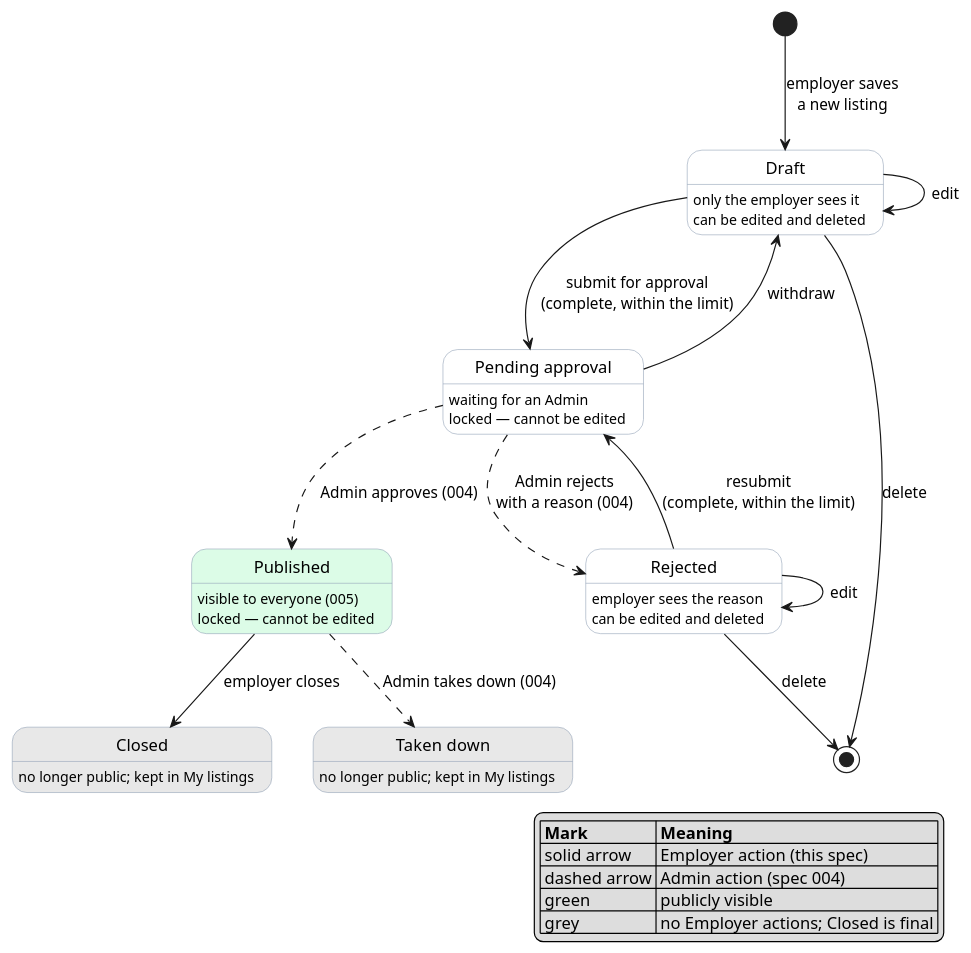
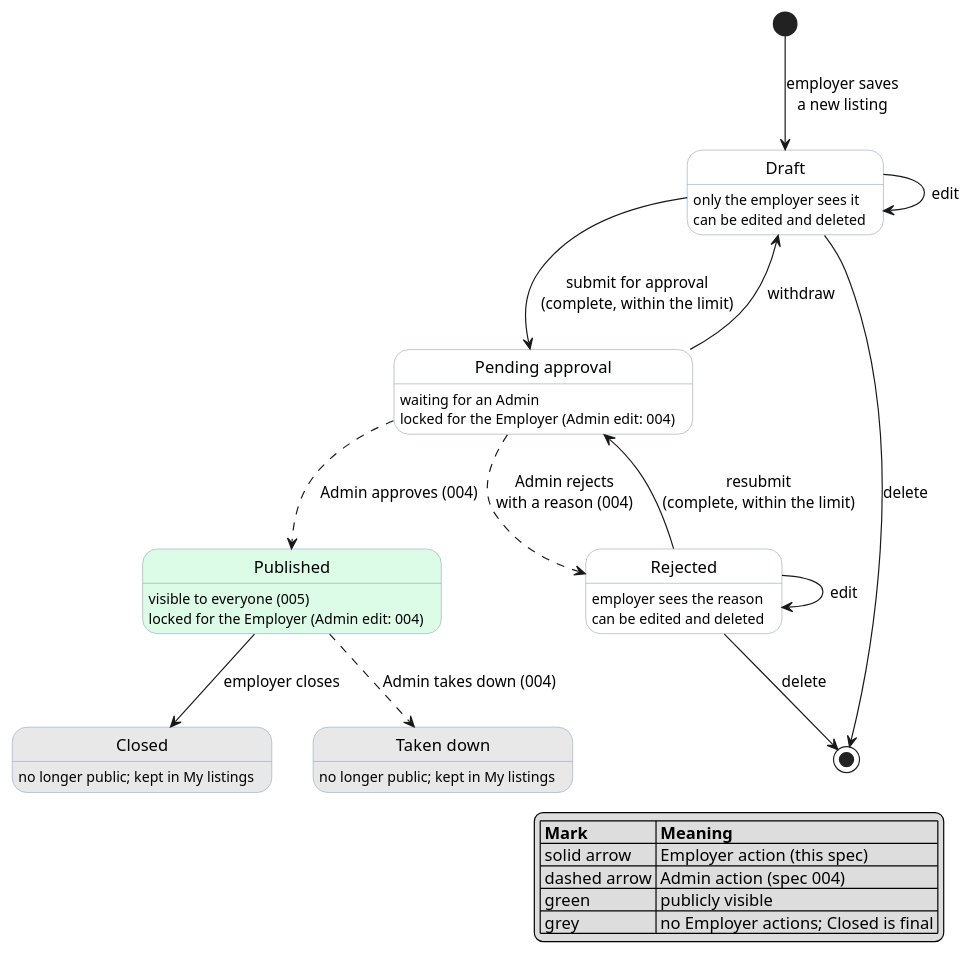
Before and after one commit to raseniero/jairojobs-elixir: the diagram in docs/specs/003-listings-employer-posting/diagrams/state-listing.puml, drawn with PlantUML. The commit also changed 6 other files, not shown here.

Commit message:
feat(listings): admin edit of waiting and live listings (REQ-004-8)

```diff
--- a/docs/specs/003-listings-employer-posting/diagrams/state-listing.puml
+++ b/docs/specs/003-listings-employer-posting/diagrams/state-listing.puml
@@ -1,55 +1,55 @@
 @startuml state-listing
 ' Spec 003 — listing lifecycle. Must agree with REQ-003-5..11 here and with spec 004.
 ' Solid arrows: Employer actions, specified in spec 003.
 ' Dashed arrows: Admin actions, specified in spec 004 (drawn here so the picture is whole).
 
 hide empty description
 skinparam state {
   BackgroundColor white
   BackgroundColor<<public>> #dcfce7
   BackgroundColor<<done>> #E8E8E8
   BorderColor #94a3b8
 }
 
 state "Draft" as Draft
 state "Pending approval" as Pending
 state "Published" as Published <<public>>
 state "Rejected" as Rejected
 state "Closed" as Closed <<done>>
 state "Taken down" as TakenDown <<done>>
 
 [*] --> Draft : employer saves\na new listing
 Draft : only the employer sees it
 Draft : can be edited and deleted
 Draft --> Draft : edit
 Draft --> Pending : submit for approval\n(complete, within the limit)
 Draft --> [*] : delete
 
 Pending : waiting for an Admin
-Pending : locked — cannot be edited
+Pending : locked for the Employer (Admin edit: 004)
 Pending --> Draft : withdraw
 Pending -[dashed]-> Published : Admin approves (004)
 Pending -[dashed]-> Rejected : Admin rejects\nwith a reason (004)
 
 Rejected : employer sees the reason
 Rejected : can be edited and deleted
 Rejected --> Rejected : edit
 Rejected --> Pending : resubmit\n(complete, within the limit)
 Rejected --> [*] : delete
 
 Published : visible to everyone (005)
-Published : locked — cannot be edited
+Published : locked for the Employer (Admin edit: 004)
 Published --> Closed : employer closes
 Published -[dashed]-> TakenDown : Admin takes down (004)
 
 Closed : no longer public; kept in My listings
 TakenDown : no longer public; kept in My listings
 
 legend right
   |= Mark |= Meaning |
   | solid arrow | Employer action (this spec) |
   | dashed arrow | Admin action (spec 004) |
   | green | publicly visible |
   | grey | no Employer actions; Closed is final |
 endlegend
 @enduml
```
